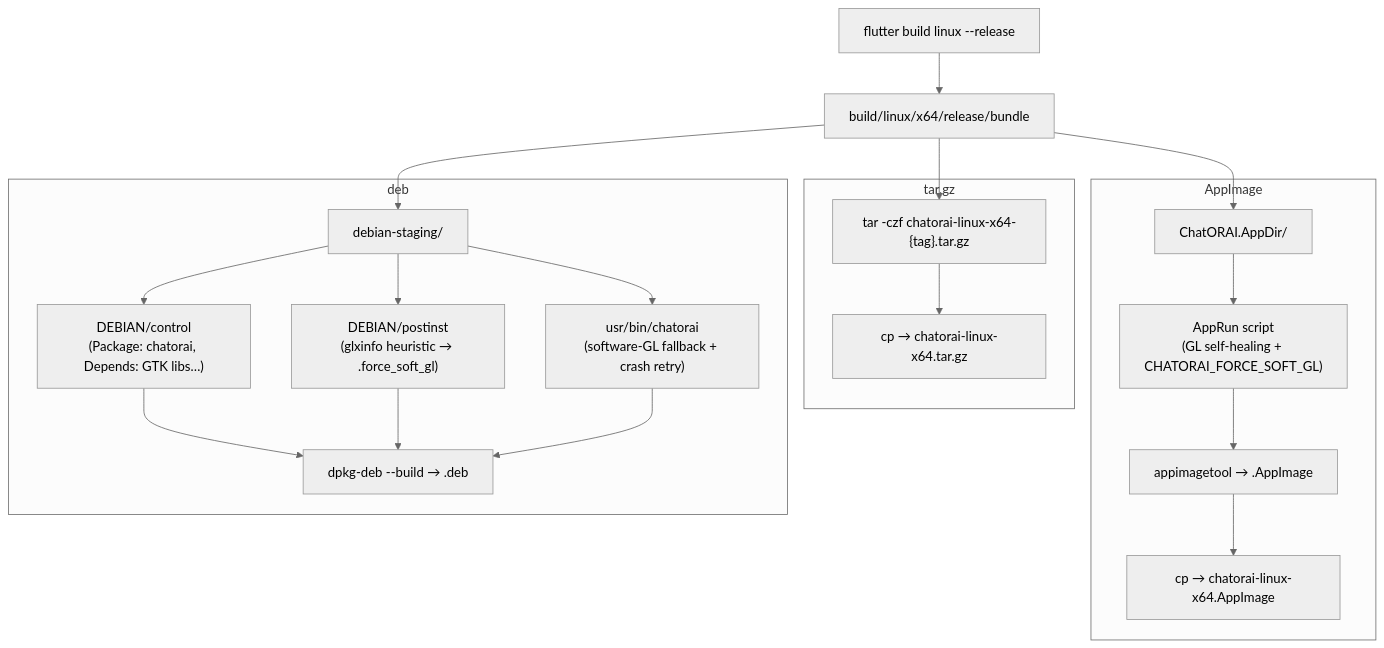
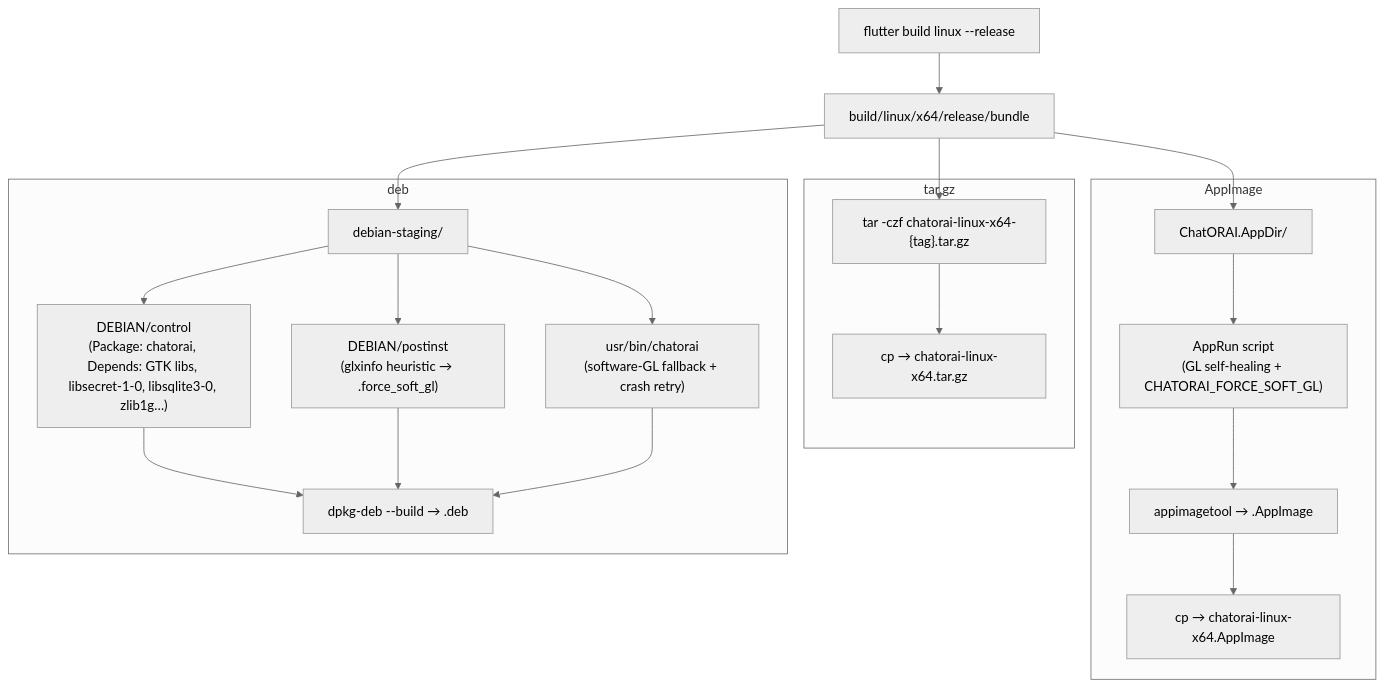
The second of 4 diagrams in docs/diagrams/ci-release.md (AmidVoshakul/chatorai), drawn with Mermaid (neutral theme) before and after one commit. The commit also changed other lines of this file and 101 other files, not shown here.

````diff
--- a/docs/diagrams/ci-release.md
+++ b/docs/diagrams/ci-release.md
@@ -48,42 +48,42 @@
 ```mermaid
 graph TD
     flutter_build["flutter build linux --release"]
     bundle_dir["build/linux/x64/release/bundle"]
 
     subgraph tar["tar.gz"]
         tar_pkg["tar -czf chatorai-linux-x64-{tag}.tar.gz"]
         tar_stable["cp → chatorai-linux-x64.tar.gz"]
     end
 
     subgraph appimage["AppImage"]
         appdir["ChatORAI.AppDir/"]
         apprun["AppRun script\n(GL self-healing + CHATORAI_FORCE_SOFT_GL)"]
         appimage_pkg["appimagetool → .AppImage"]
         appimage_stable["cp → chatorai-linux-x64.AppImage"]
     end
 
     subgraph deb["deb"]
         staging["debian-staging/"]
-        control["DEBIAN/control\n(Package: chatorai, Depends: GTK libs…)"]
+        control["DEBIAN/control\n(Package: chatorai, Depends: GTK libs, libsecret-1-0, libsqlite3-0, zlib1g…)"]
         postinst["DEBIAN/postinst\n(glxinfo heuristic → .force_soft_gl)"]
         launcher["usr/bin/chatorai\n(software-GL fallback + crash retry)"]
         deb_pkg["dpkg-deb --build → .deb"]
     end
 
     flutter_build --> bundle_dir
     bundle_dir --> tar_pkg
     tar_pkg --> tar_stable
 
     bundle_dir --> appdir
     appdir --> apprun
     apprun --> appimage_pkg
     appimage_pkg --> appimage_stable
 
     bundle_dir --> staging
     staging --> control
     staging --> postinst
     staging --> launcher
     control --> deb_pkg
     postinst --> deb_pkg
     launcher --> deb_pkg
 ```
````
